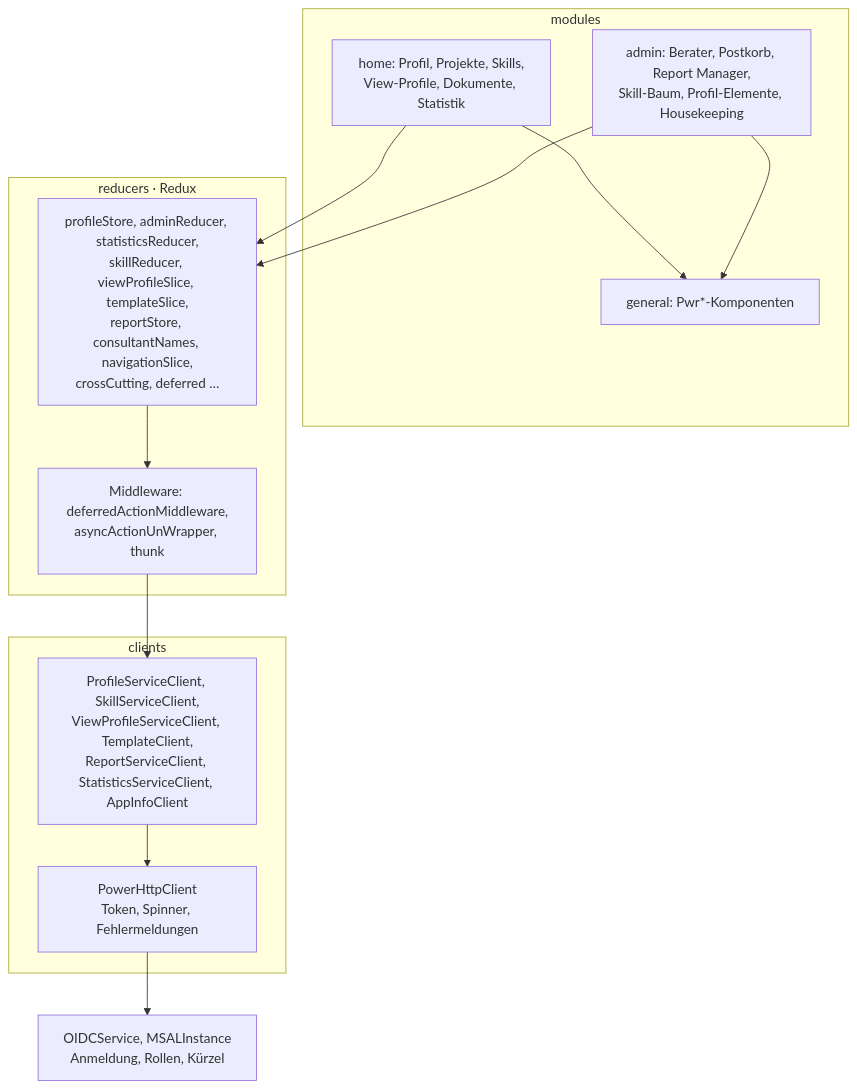
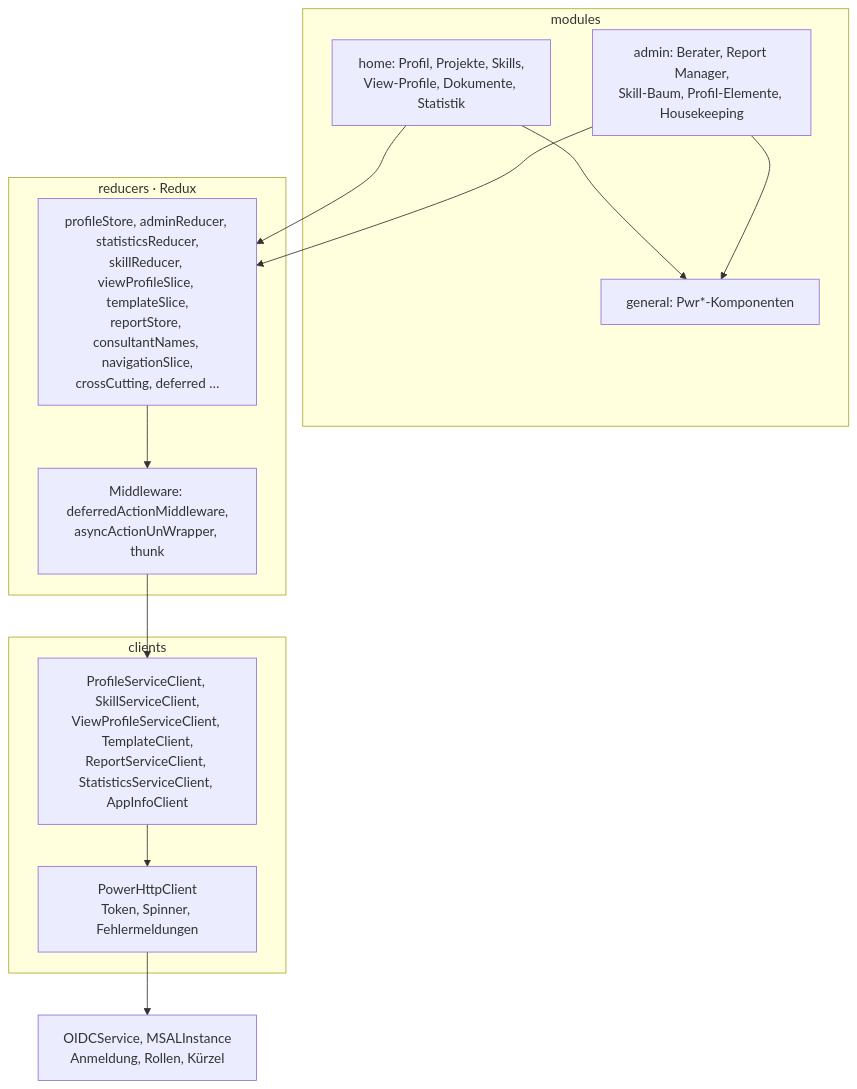
Before and after one commit to HBTGmbH/hbt-power: the tenth of 11 diagrams in docs/arc42/05-bausteinsicht.md, drawn with Mermaid. The commit also changed other lines of this file and 66 other files, not shown here.

````diff
--- a/docs/arc42/05-bausteinsicht.md
+++ b/docs/arc42/05-bausteinsicht.md
@@ -357,22 +350,22 @@
 ```mermaid
 flowchart TB
     subgraph UI[modules]
         HOME["home: Profil, Projekte, Skills,<br/>View-Profile, Dokumente, Statistik"]
-        ADM["admin: Berater, Postkorb, Report Manager,<br/>Skill-Baum, Profil-Elemente, Housekeeping"]
+        ADM["admin: Berater, Report Manager,<br/>Skill-Baum, Profil-Elemente, Housekeeping"]
         GEN["general: Pwr*-Komponenten"]
     end
     subgraph State[reducers · Redux]
         RED["profileStore, adminReducer, statisticsReducer,<br/>skillReducer, viewProfileSlice, templateSlice,<br/>reportStore, consultantNames, navigationSlice,<br/>crossCutting, deferred …"]
         MW["Middleware: deferredActionMiddleware,<br/>asyncActionUnWrapper, thunk"]
     end
     subgraph Clients[clients]
         HTTP["PowerHttpClient<br/>Token, Spinner, Fehlermeldungen"]
         CL["ProfileServiceClient, SkillServiceClient,<br/>ViewProfileServiceClient, TemplateClient,<br/>ReportServiceClient, StatisticsServiceClient, AppInfoClient"]
     end
     AUTH["OIDCService, MSALInstance<br/>Anmeldung, Rollen, Kürzel"]
 
     HOME & ADM --> GEN
     HOME & ADM --> RED
     RED --> MW --> CL --> HTTP
     HTTP --> AUTH
 ```
````
